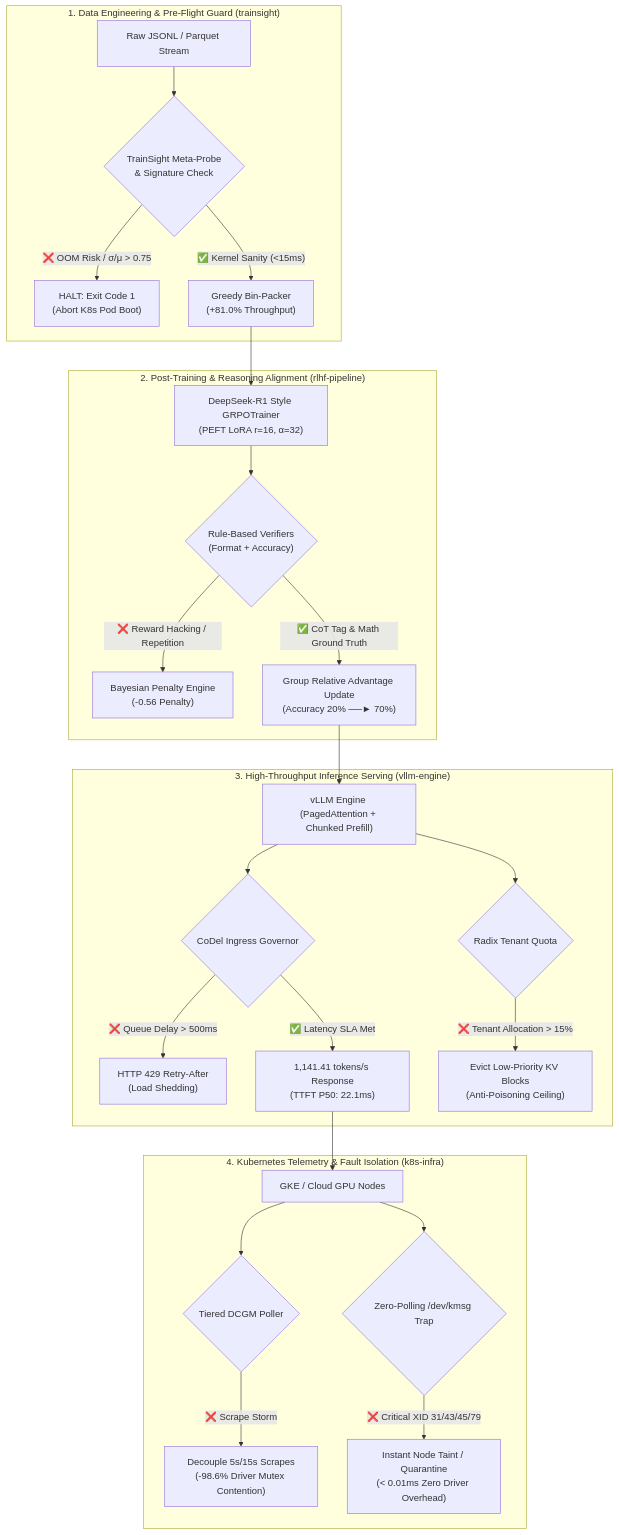
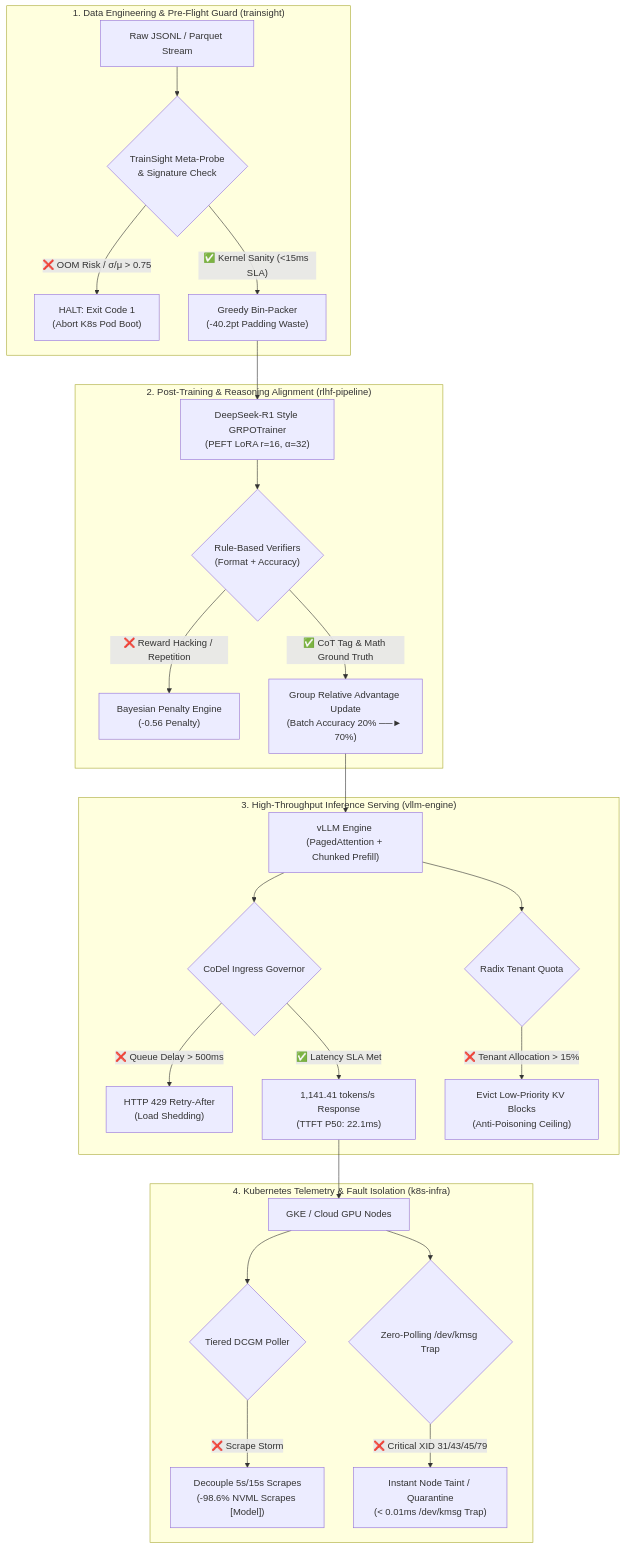
One commit to Aravind0403/aether-control-llm-infra changed the diagram in README.md. Above: the diagram before and after it, drawn with Mermaid. The commit also changed other lines of this file and 14 other files, not shown here.

````diff
--- a/README.md
+++ b/README.md
@@ -20,32 +20,32 @@
 ```mermaid
 flowchart TD
     subgraph Stage1["1. Data Engineering & Pre-Flight Guard (trainsight)"]
         A[Raw JSONL / Parquet Stream] --> B{"TrainSight Meta-Probe<br/>& Signature Check"}
         B -->|"❌ OOM Risk / σ/μ > 0.75"| C["HALT: Exit Code 1<br/>(Abort K8s Pod Boot)"]
-        B -->|"✅ Kernel Sanity (<15ms)"| D["Greedy Bin-Packer<br/>(+81.0% Throughput)"]
+        B -->|"✅ Kernel Sanity (<15ms SLA)"| D["Greedy Bin-Packer<br/>(-40.2pt Padding Waste)"]
     end
 
     subgraph Stage2["2. Post-Training & Reasoning Alignment (rlhf-pipeline)"]
         D --> E["DeepSeek-R1 Style GRPOTrainer<br/>(PEFT LoRA r=16, α=32)"]
         E --> F{"Rule-Based Verifiers<br/>(Format + Accuracy)"}
         F -->|"❌ Reward Hacking / Repetition"| G["Bayesian Penalty Engine<br/>(-0.56 Penalty)"]
-        F -->|"✅ CoT Tag & Math Ground Truth"| H["Group Relative Advantage Update<br/>(Accuracy 20% ──► 70%)"]
+        F -->|"✅ CoT Tag & Math Ground Truth"| H["Group Relative Advantage Update<br/>(Batch Accuracy 20% ──► 70%)"]
     end
 
     subgraph Stage3["3. High-Throughput Inference Serving (vllm-engine)"]
         H --> I["vLLM Engine (PagedAttention + Chunked Prefill)"]
         I --> J{"CoDel Ingress Governor"}
         I --> K{"Radix Tenant Quota"}
         J -->|"❌ Queue Delay > 500ms"| L["HTTP 429 Retry-After<br/>(Load Shedding)"]
         J -->|"✅ Latency SLA Met"| M["1,141.41 tokens/s Response<br/>(TTFT P50: 22.1ms)"]
         K -->|"❌ Tenant Allocation > 15%"| N["Evict Low-Priority KV Blocks<br/>(Anti-Poisoning Ceiling)"]
     end
 
     subgraph Stage4["4. Kubernetes Telemetry & Fault Isolation (k8s-infra)"]
         M --> O["GKE / Cloud GPU Nodes"]
         O --> P{"Tiered DCGM Poller"}
-        P -->|"❌ Scrape Storm"| Q["Decouple 5s/15s Scrapes<br/>(-98.6% Driver Mutex Contention)"]
+        P -->|"❌ Scrape Storm"| Q["Decouple 5s/15s Scrapes<br/>(-98.6% NVML Scrapes [Model])"]
         O --> R{"Zero-Polling /dev/kmsg Trap"}
-        R -->|"❌ Critical XID 31/43/45/79"| S["Instant Node Taint / Quarantine<br/>(< 0.01ms Zero Driver Overhead)"]
+        R -->|"❌ Critical XID 31/43/45/79"| S["Instant Node Taint / Quarantine<br/>(< 0.01ms /dev/kmsg Trap)"]
     end
 ```
````
